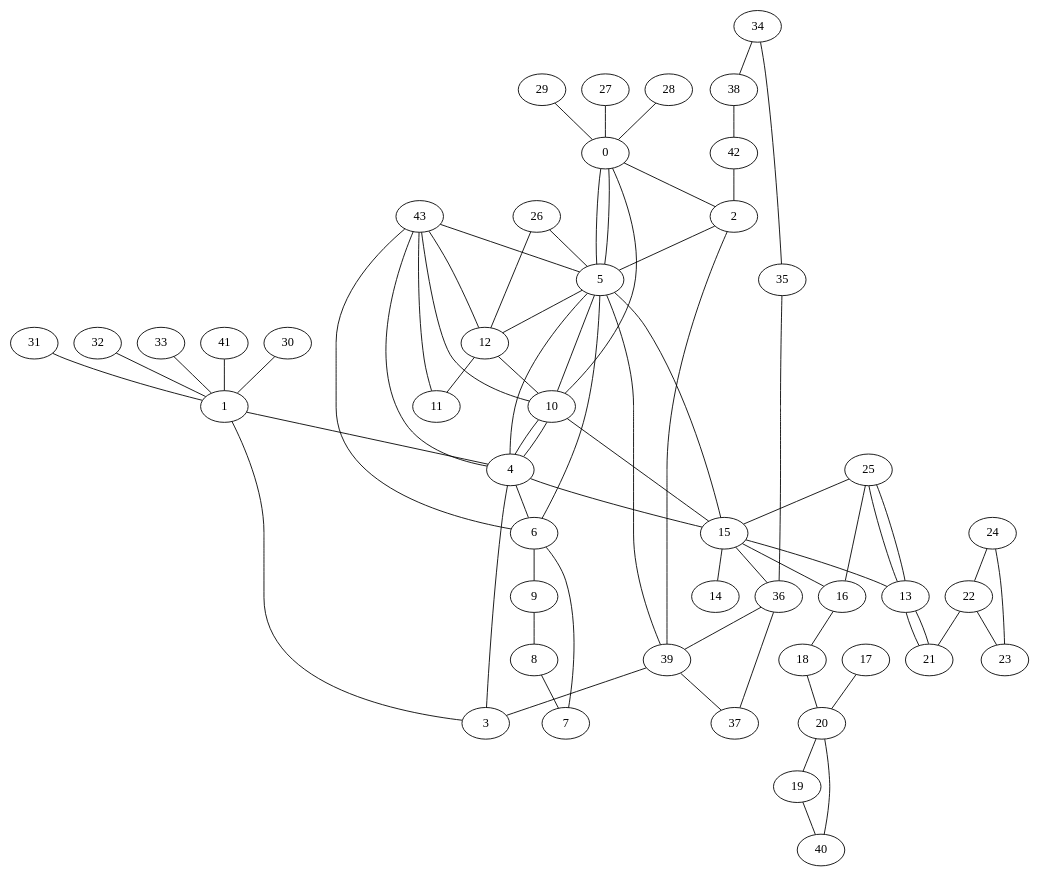
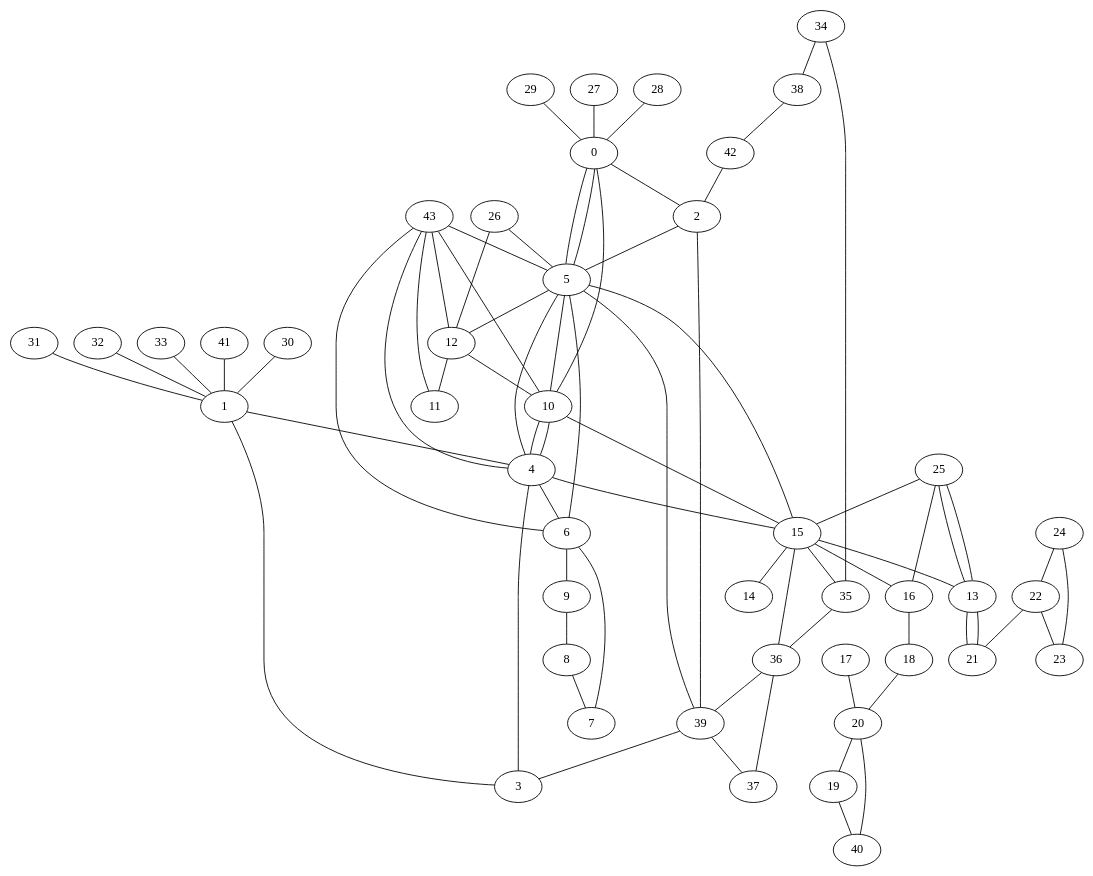
One commit to harrietrc/se306-project1 changed the diagram in se306_project1/test.dot. Above: the diagram before and after it, drawn with Graphviz. The commit also changed 16 other files, not shown here.

```diff
--- a/se306_project1/test.dot
+++ b/se306_project1/test.dot
@@ -1,117 +1,118 @@
 graph G {
 0;
 1;
 2;
 3;
 4;
 5;
 6;
 7;
 8;
 9;
 10;
 11;
 12;
 13;
 14;
 15;
 16;
 17;
 18;
 19;
 20;
 21;
 22;
 23;
 24;
 25;
 26;
 27;
 28;
 29;
 30;
 31;
 32;
 33;
 34;
 35;
 36;
 37;
 38;
 39;
 40;
 41;
 42;
 43;
 0--2 ;
 1--3 ;
 2--5 ;
 3--4 ;
 5--6 ;
 4--6 ;
 6--9 ;
 9--8 ;
 8--7 ;
 7--6 ;
 4--5 ;
 5--12 ;
 12--11 ;
 12--10 ;
 5--10 ;
 10--15 ;
 15--16 ;
 15--14 ;
+15--35 ;
 15--13 ;
 16--18 ;
 18--20 ;
 17--20 ;
 20--19 ;
 13--21 ;
 22--23 ;
 24--22 ;
 27--0 ;
 28--0 ;
 29--0 ;
 31--1 ;
 32--1 ;
 33--1 ;
 30--1 ;
 22--21 ;
 25--15 ;
 24--23 ;
 10--4 ;
 25--13 ;
 25--13 ;
 21--13 ;
 0--10 ;
 34--35 ;
 35--36 ;
 36--37 ;
 34--38 ;
 38--42 ;
 2--39 ;
 39--3 ;
 39--5 ;
 39--37 ;
 19--40 ;
 40--20 ;
 41--1 ;
 42--2 ;
 36--39 ;
 15--36 ;
 4--10 ;
 25--16 ;
 4--15 ;
 5--15 ;
 1--4 ;
 0--5 ;
 26--12 ;
 26--5 ;
 0--5 ;
 43--12 ;
 43--11 ;
 43--10 ;
 43--5 ;
 43--6 ;
 43--4 ;
 }
```
